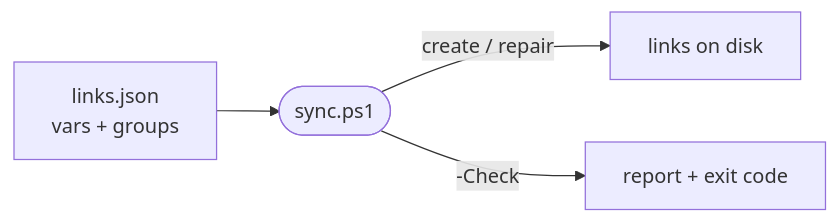
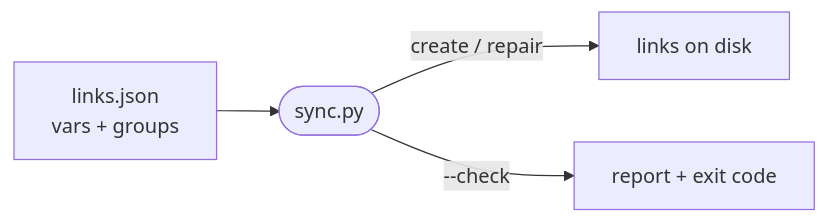
One commit to frostehhh/ai-tools changed the diagram in tools/syncLinks/README.md. Above: the diagram before and after it, drawn with Mermaid. The commit also changed other lines of this file and 12 other files, not shown here.

````diff
--- a/tools/syncLinks/README.md
+++ b/tools/syncLinks/README.md
@@ -9,6 +9,6 @@
 ```mermaid
 flowchart LR
-  L["links.json<br/>vars + groups"] --> S(["sync.ps1"])
+  L["links.json<br/>vars + groups"] --> S(["sync.py"])
   S -->|create / repair| FS["links on disk"]
-  S -->|-Check| R["report + exit code"]
+  S -->|--check| R["report + exit code"]
 ```
````
